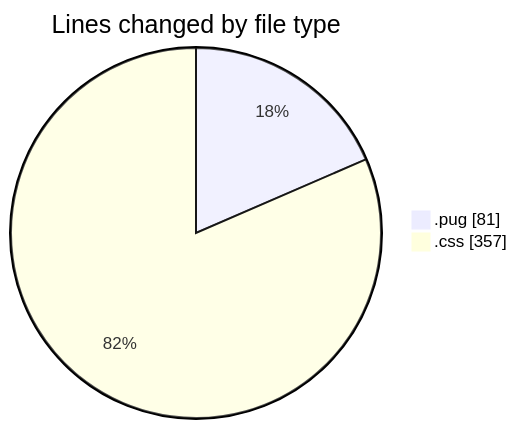
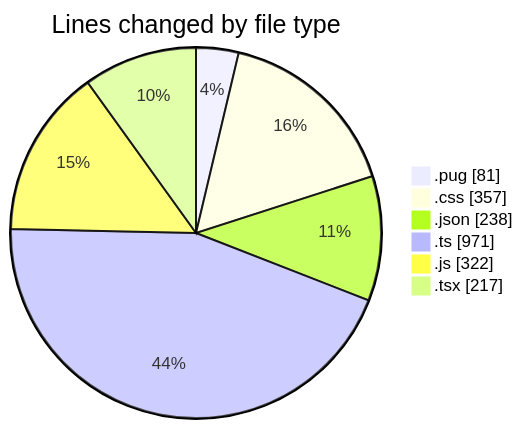
One commit to momahboobian/code-tracking changed the first of 2 diagrams in 2025-11-05/cda/README.md. Above: the diagram before and after it, drawn with Mermaid. The commit also changed other lines of this file and 1 other file, not shown here.

````diff
--- a/2025-11-05/cda/README.md
+++ b/2025-11-05/cda/README.md
@@ -21,6 +26,10 @@
 ```mermaid
 pie showData
 title Lines changed by file type
 ".pug" : 81
 ".css" : 357
+".json" : 238
+".ts" : 971
+".js" : 322
+".tsx" : 217
 ```
````
